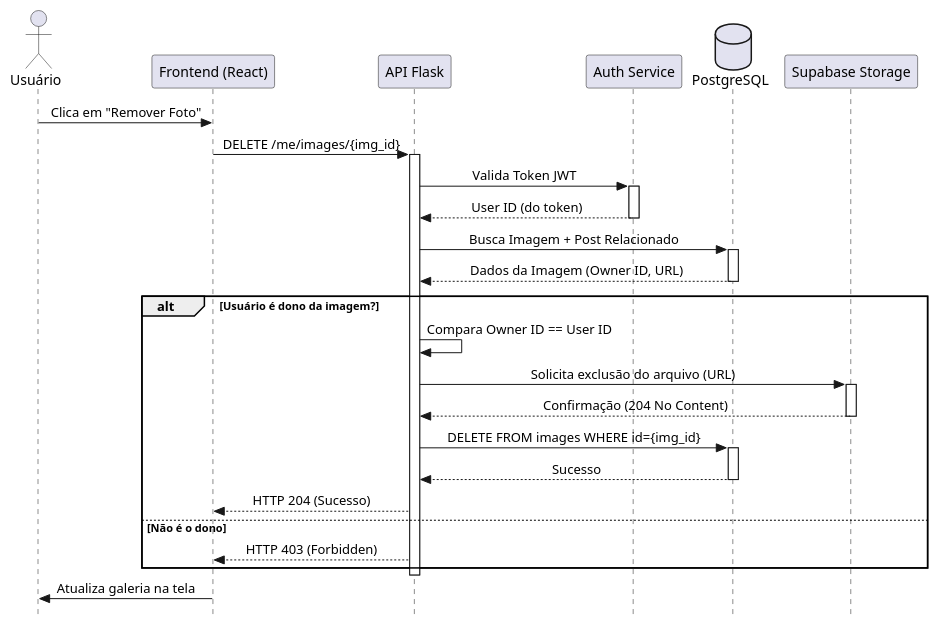
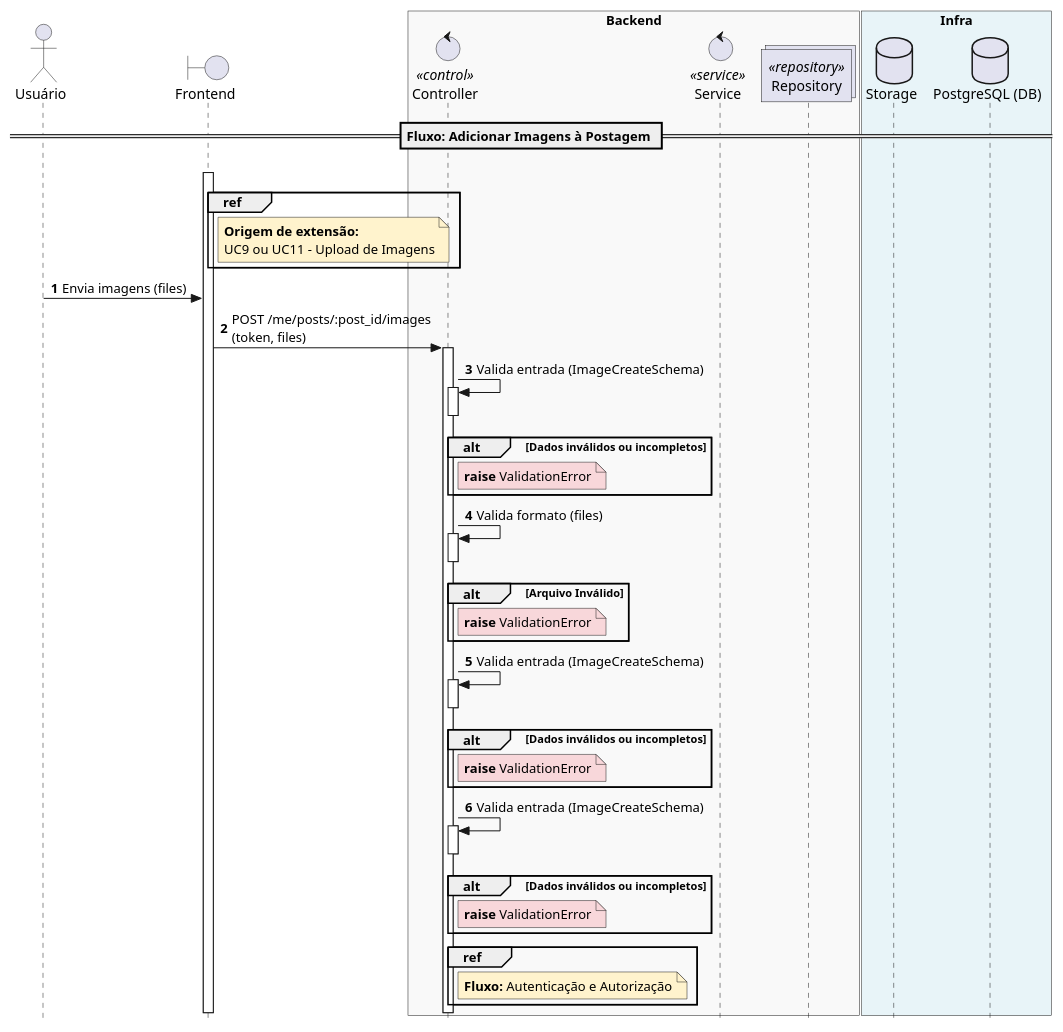
The diagram in docs/uml/sequence/puml/12_images_upload.puml (karlsen16/OndeTa), drawn with PlantUML before and after one commit. The commit also changed other lines of this file and 52 other files, not shown here.

Commit message:
docs: BPTD Fase 1, organização dos diagramas v.3.2

```diff
--- a/docs/uml/sequence/puml/12_images_upload.puml
+++ b/docs/uml/sequence/puml/12_images_upload.puml
@@ -1,46 +1,57 @@
 @startuml
 skinparam style strictuml
-skinparam sequenceMessageAlign center
 
 actor "Usuário" as User
-participant "Frontend (React)" as FE
-participant "API Flask" as API
-participant "Auth Service" as Auth
-database "PostgreSQL" as DB
-participant "Supabase Storage" as Cloud
+boundary "Frontend" as UI
 
-User -> FE : Clica em "Remover Foto"
-FE -> API : DELETE /me/images/{img_id}
-activate API
+box "Backend" #f9f9f9
+    control "Controller" as Ctrl <<control>>
+    control "Service" as Serv <<service>>
+    collections "Repository" as Repo <<repository>>
+end box
 
-API -> Auth : Valida Token JWT
-activate Auth
-Auth --> API : User ID (do token)
-deactivate Auth
+box "Infra" #e8f4f8
+    database "Storage" as Cloud
+    database "PostgreSQL (DB)" as DB
+end box
 
-API -> DB : Busca Imagem + Post Relacionado
-activate DB
-DB --> API : Dados da Imagem (Owner ID, URL)
-deactivate DB
+== Fluxo: Adicionar Imagens à Postagem ==
 
-alt Usuário é dono da imagem?
-    API -> API : Compara Owner ID == User ID
+UI -[hidden]-> UI++
 
-    API -> Cloud : Solicita exclusão do arquivo (URL)
-    activate Cloud
-    Cloud --> API : Confirmação (204 No Content)
-    deactivate Cloud
-
-    API -> DB : DELETE FROM images WHERE id={img_id}
-    activate DB
-    DB --> API : Sucesso
-    deactivate DB
-
-    API --> FE : HTTP 204 (Sucesso)
-else Não é o dono
-    API --> FE : HTTP 403 (Forbidden)
+group ref
+    note right of UI #fff3cd: **Origem de extensão:**\nUC9 ou UC11 - Upload de Imagens
 end
 
-deactivate API
-FE -> User : Atualiza galeria na tela
+autonumber
+User -> UI: Envia imagens (files)
+UI -> Ctrl++: POST /me/posts/:post_id/images\n(token, files)
+Ctrl -> Ctrl++--: Valida entrada (ImageCreateSchema)
+
+alt Dados inválidos ou incompletos
+    note right of Ctrl #f8d7da: **raise** ValidationError
+end
+
+Ctrl -> Ctrl++--: Valida formato (files)
+
+alt Arquivo Inválido
+    note right of Ctrl #f8d7da: **raise** ValidationError
+end
+
+Ctrl -> Ctrl++--: Valida entrada (ImageCreateSchema)
+
+alt Dados inválidos ou incompletos
+    note right of Ctrl #f8d7da: **raise** ValidationError
+end
+
+Ctrl -> Ctrl++--: Valida entrada (ImageCreateSchema)
+
+alt Dados inválidos ou incompletos
+    note right of Ctrl #f8d7da: **raise** ValidationError
+end
+
+group ref
+    note right of Ctrl #fff3cd: **Fluxo:** Autenticação e Autorização
+end
+
 @enduml
```
